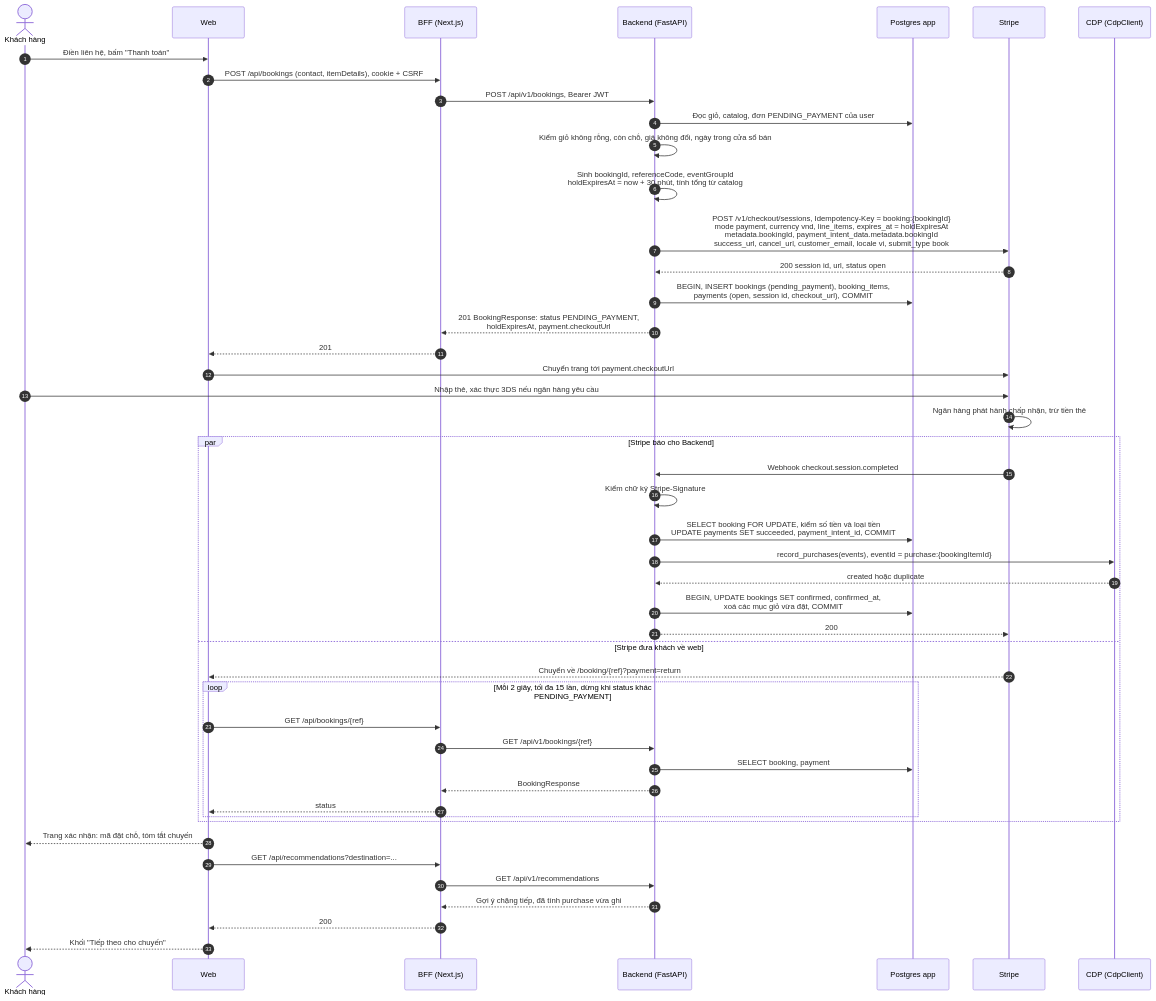
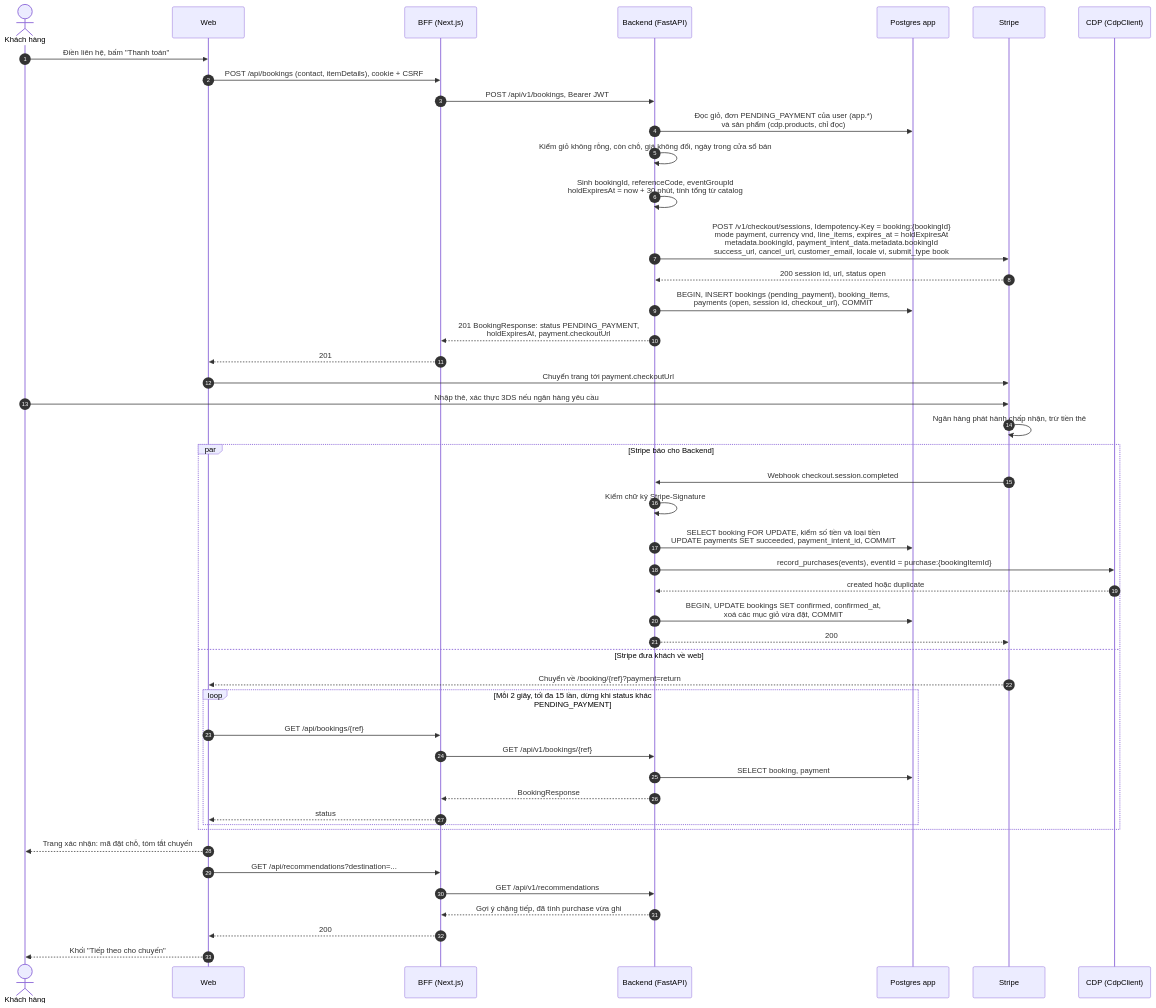
The sixth of 19 diagrams in docs/spec/booking/so-do-luong-dat-cho-thanh-toan.md (NguyenNhat4/Travel-Recommend-System), drawn with Mermaid before and after one commit. The commit also changed other lines of this file and 5 other files, not shown here.

Commit message:
docs: update PRD and specifications to rename catalog products to cdp products

````diff
--- a/docs/spec/booking/so-do-luong-dat-cho-thanh-toan.md
+++ b/docs/spec/booking/so-do-luong-dat-cho-thanh-toan.md
@@ -213,50 +213,50 @@
 ```mermaid
 sequenceDiagram
     autonumber
     actor U as Khách hàng
     participant W as Web
     participant B as BFF (Next.js)
     participant F as Backend (FastAPI)
     participant P as Postgres app
     participant S as Stripe
     participant C as CDP (CdpClient)
 
     U->>W: Điền liên hệ, bấm "Thanh toán"
     W->>B: POST /api/bookings (contact, itemDetails), cookie + CSRF
     B->>F: POST /api/v1/bookings, Bearer JWT
-    F->>P: Đọc giỏ, catalog, đơn PENDING_PAYMENT của user
+    F->>P: Đọc giỏ, đơn PENDING_PAYMENT của user (app.*)<br/>và sản phẩm (cdp.products, chỉ đọc)
     F->>F: Kiểm giỏ không rỗng, còn chỗ, giá không đổi, ngày trong cửa sổ bán
     F->>F: Sinh bookingId, referenceCode, eventGroupId<br/>holdExpiresAt = now + 30 phút, tính tổng từ catalog
     F->>S: POST /v1/checkout/sessions, Idempotency-Key = booking:{bookingId}<br/>mode payment, currency vnd, line_items, expires_at = holdExpiresAt<br/>metadata.bookingId, payment_intent_data.metadata.bookingId<br/>success_url, cancel_url, customer_email, locale vi, submit_type book
     S-->>F: 200 session id, url, status open
     F->>P: BEGIN, INSERT bookings (pending_payment), booking_items,<br/>payments (open, session id, checkout_url), COMMIT
     F-->>B: 201 BookingResponse: status PENDING_PAYMENT,<br/>holdExpiresAt, payment.checkoutUrl
     B-->>W: 201
     W->>S: Chuyển trang tới payment.checkoutUrl
     U->>S: Nhập thẻ, xác thực 3DS nếu ngân hàng yêu cầu
     S->>S: Ngân hàng phát hành chấp nhận, trừ tiền thẻ
     par Stripe báo cho Backend
         S->>F: Webhook checkout.session.completed
         F->>F: Kiểm chữ ký Stripe-Signature
         F->>P: SELECT booking FOR UPDATE, kiểm số tiền và loại tiền<br/>UPDATE payments SET succeeded, payment_intent_id, COMMIT
         F->>C: record_purchases(events), eventId = purchase:{bookingItemId}
         C-->>F: created hoặc duplicate
         F->>P: BEGIN, UPDATE bookings SET confirmed, confirmed_at,<br/>xoá các mục giỏ vừa đặt, COMMIT
         F-->>S: 200
     and Stripe đưa khách về web
         S-->>W: Chuyển về /booking/{ref}?payment=return
         loop Mỗi 2 giây, tối đa 15 lần, dừng khi status khác PENDING_PAYMENT
             W->>B: GET /api/bookings/{ref}
             B->>F: GET /api/v1/bookings/{ref}
             F->>P: SELECT booking, payment
             F-->>B: BookingResponse
             B-->>W: status
         end
     end
     W-->>U: Trang xác nhận: mã đặt chỗ, tóm tắt chuyến
     W->>B: GET /api/recommendations?destination=...
     B->>F: GET /api/v1/recommendations
     F-->>B: Gợi ý chặng tiếp, đã tính purchase vừa ghi
     B-->>W: 200
     W-->>U: Khối "Tiếp theo cho chuyến"
 ```
````
